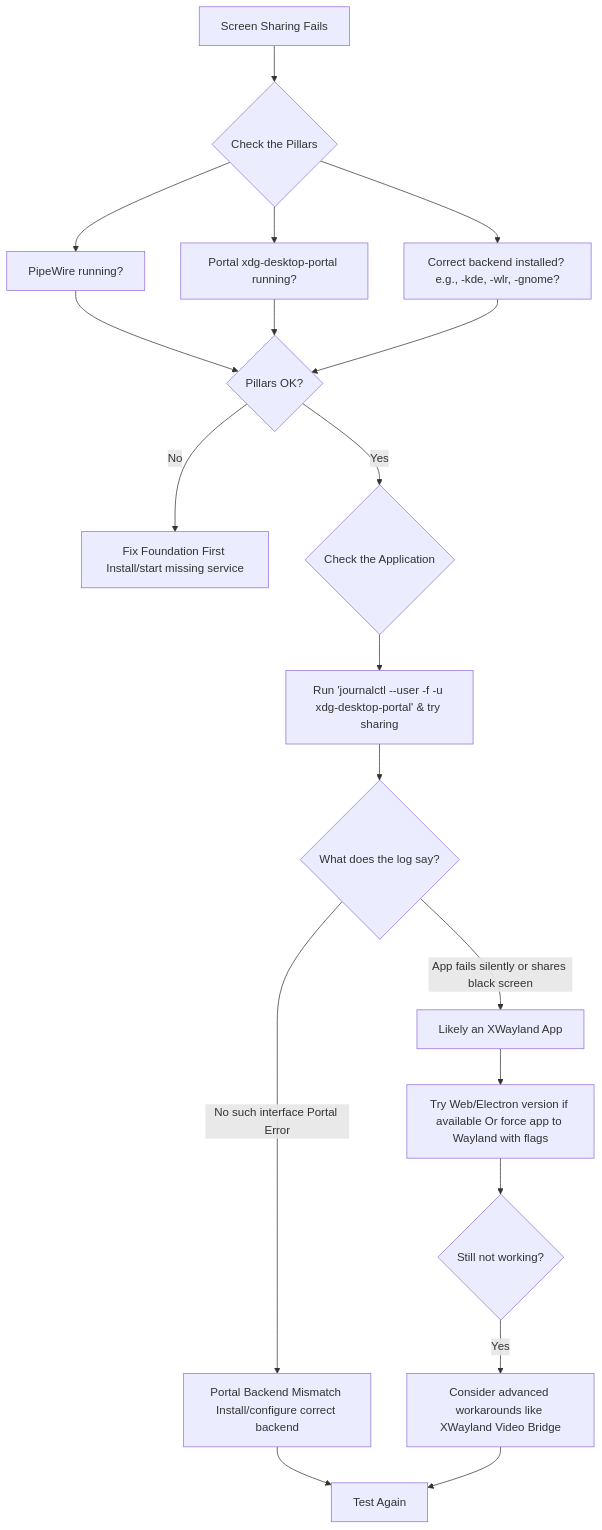
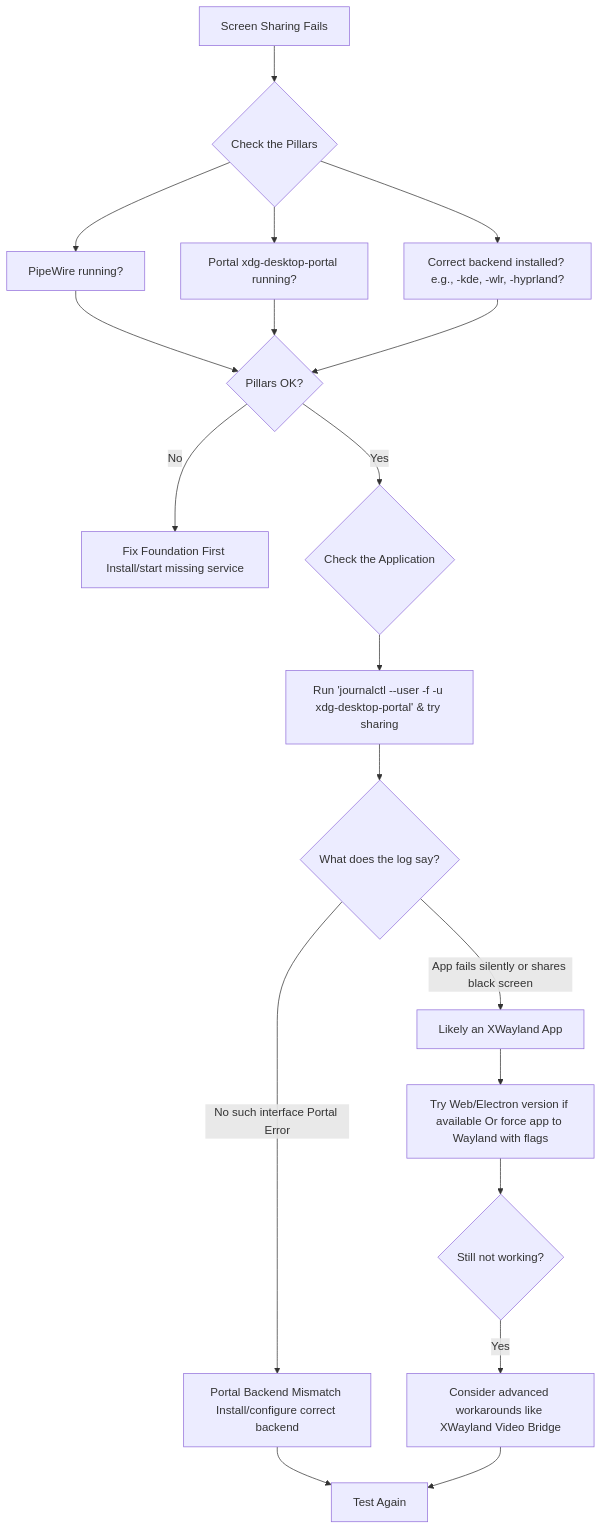
Before and after one commit to htghuzaifa2/huzi.pk-web-v2: the diagram in src/data/blogs/posts/tech/wayland-screen-sharing-portals-guide.md, drawn with Mermaid. The commit also changed other lines of this file and 488 other files, not shown here.

````diff
--- a/src/data/blogs/posts/tech/wayland-screen-sharing-portals-guide.md
+++ b/src/data/blogs/posts/tech/wayland-screen-sharing-portals-guide.md
@@ -81,30 +100,30 @@
 ```mermaid
 flowchart TD
     A[Screen Sharing Fails] --> B{Check the Pillars}
     B --> B1[PipeWire running?]
     B --> B2[Portal xdg-desktop-portal running?]
-    B --> B3[Correct backend installed? e.g., -kde, -wlr, -gnome?]
+    B --> B3[Correct backend installed? e.g., -kde, -wlr, -hyprland?]
     
     B1 --> C{Pillars OK?}
     B2 --> C
     B3 --> C
     
     C -- No --> D[Fix Foundation First Install/start missing service]
     
     C -- Yes --> E{Check the Application}
     E --> F[Run 'journalctl --user -f -u xdg-desktop-portal' & try sharing]
     
     F --> G{What does the log say?}
     
     G -- "No such interface" Portal Error --> H[Portal Backend Mismatch Install/configure correct backend]
     
     G -- App fails silently or shares black screen --> I[Likely an XWayland App]
     
     I --> J[Try Web/Electron version if available Or force app to Wayland with flags]
     
     J --> K{Still not working?}
     K -- Yes --> L[Consider advanced workarounds like XWayland Video Bridge]
     
     H --> M[Test Again]
     L --> M
 ```
````
